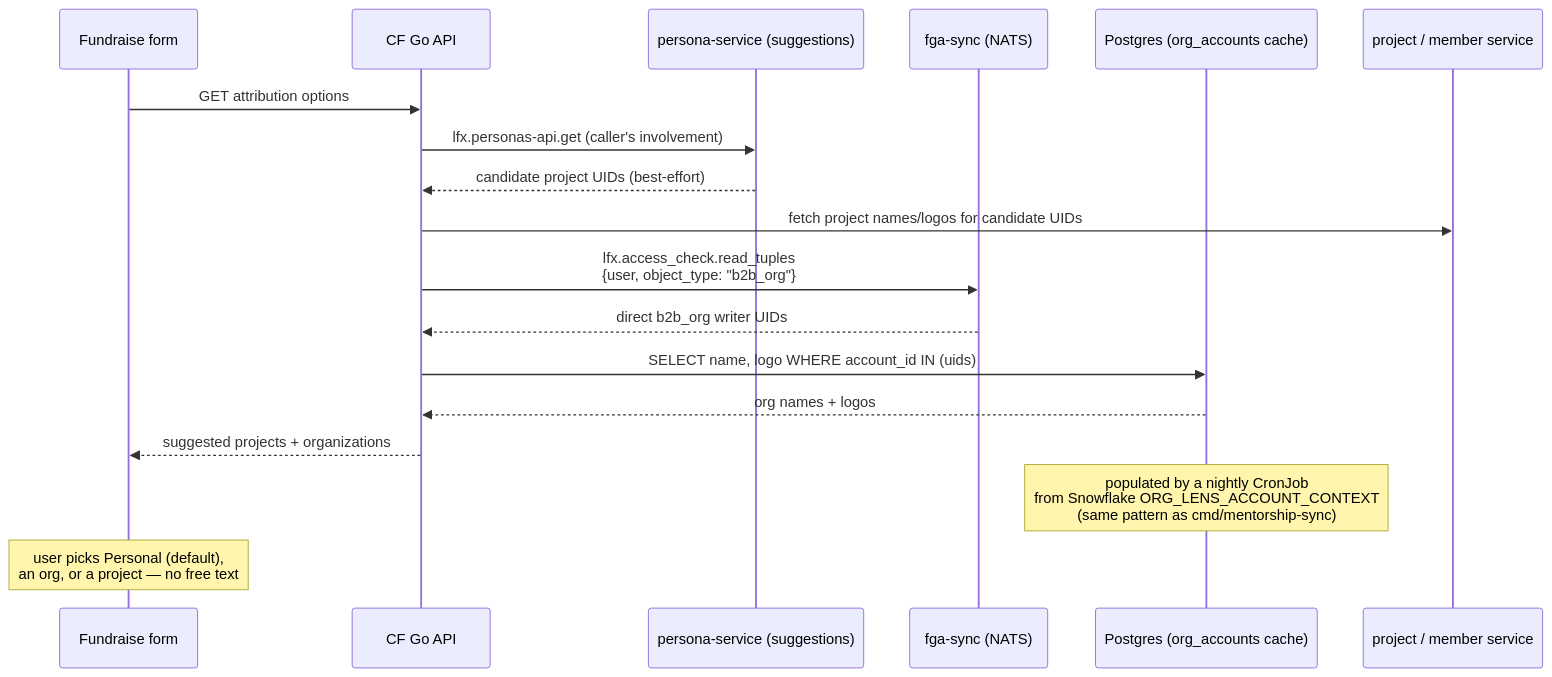
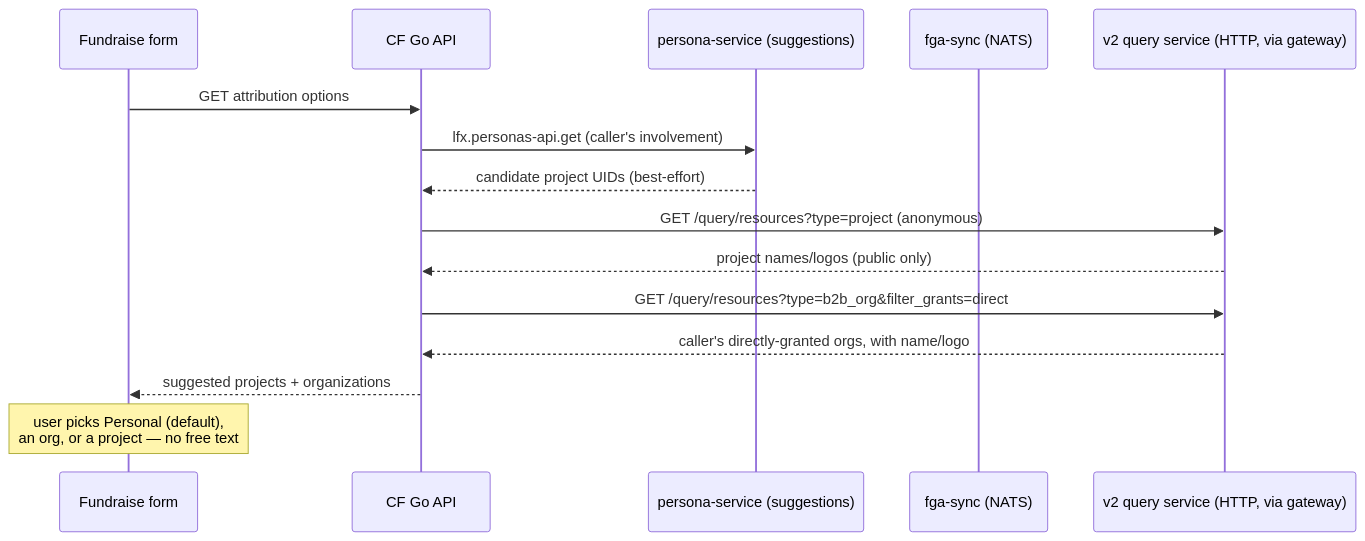
The fourth of 4 diagrams in backend/docs/rewrite/11-initiative-attribution-and-access.md (linuxfoundation/lfx-crowdfunding), drawn with Mermaid before and after one commit. The commit also changed other lines of this file, not shown here.

First line of the commit message:
docs(rewrite): fold architecture team reply, replace Snowflake org picker with query service

````diff
--- a/backend/docs/rewrite/11-initiative-attribution-and-access.md
+++ b/backend/docs/rewrite/11-initiative-attribution-and-access.md
@@ -298,21 +323,18 @@
 ```mermaid
 sequenceDiagram
     participant FE as Fundraise form
     participant API as CF Go API
     participant AF as persona-service (suggestions)
     participant FS as fga-sync (NATS)
-    participant DB as Postgres (org_accounts cache)
-    participant PS as project / member service
+    participant QS as v2 query service (HTTP, via gateway)
 
     FE->>API: GET attribution options
     API->>AF: lfx.personas-api.get (caller's involvement)
     AF-->>API: candidate project UIDs (best-effort)
-    API->>PS: fetch project names/logos for candidate UIDs
-    API->>FS: lfx.access_check.read_tuples<br/>{user, object_type: "b2b_org"}
-    FS-->>API: direct b2b_org writer UIDs
-    API->>DB: SELECT name, logo WHERE account_id IN (uids)
-    DB-->>API: org names + logos
+    API->>QS: GET /query/resources?type=project (anonymous)
+    QS-->>API: project names/logos (public only)
+    API->>QS: GET /query/resources?type=b2b_org&filter_grants=direct
+    QS-->>API: caller's directly-granted orgs, with name/logo
     API-->>FE: suggested projects + organizations
-    Note over DB: populated by a nightly CronJob<br/>from Snowflake ORG_LENS_ACCOUNT_CONTEXT<br/>(same pattern as cmd/mentorship-sync)
     Note over FE: user picks Personal (default),<br/>an org, or a project — no free text
 ```
````
